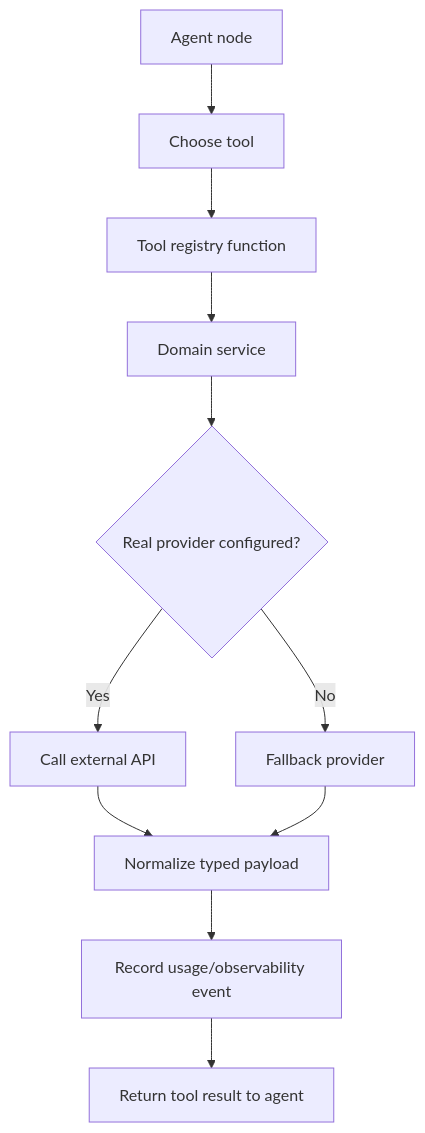
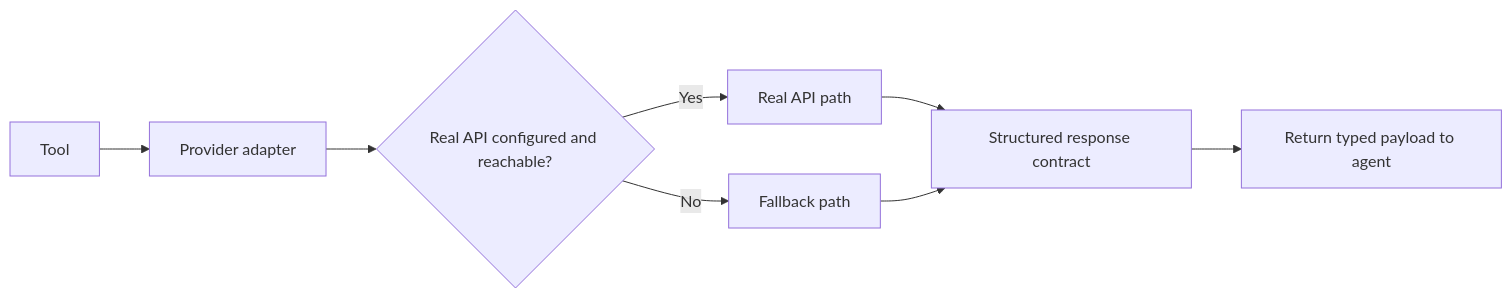
The third of 4 diagrams in docs/architecture.md (Fejjii/AlphaLens-AI), drawn with Mermaid before and after one commit. The commit also changed other lines of this file and 93 other files, not shown here.

````diff
--- a/docs/architecture.md
+++ b/docs/architecture.md
@@ -93,13 +63,10 @@
 ```mermaid
-flowchart TD
-    Agent[Agent node] --> Pick[Choose tool]
-    Pick --> Tool[Tool registry function]
-    Tool --> Service[Domain service]
-    Service --> Provider{Real provider configured?}
-    Provider -->|Yes| RealCall[Call external API]
-    Provider -->|No| Fallback[Fallback provider]
-    RealCall --> Normalize[Normalize typed payload]
-    Fallback --> Normalize
-    Normalize --> Track[Record usage/observability event]
-    Track --> Return[Return tool result to agent]
+flowchart LR
+    TOOL[Tool] --> ADAPTER[Provider adapter]
+    ADAPTER --> CHECK{Real API configured and reachable?}
+    CHECK -->|Yes| REAL[Real API path]
+    CHECK -->|No| FALLBACK[Fallback path]
+    REAL --> NORM[Structured response contract]
+    FALLBACK --> NORM
+    NORM --> RET[Return typed payload to agent]
 ```
````
